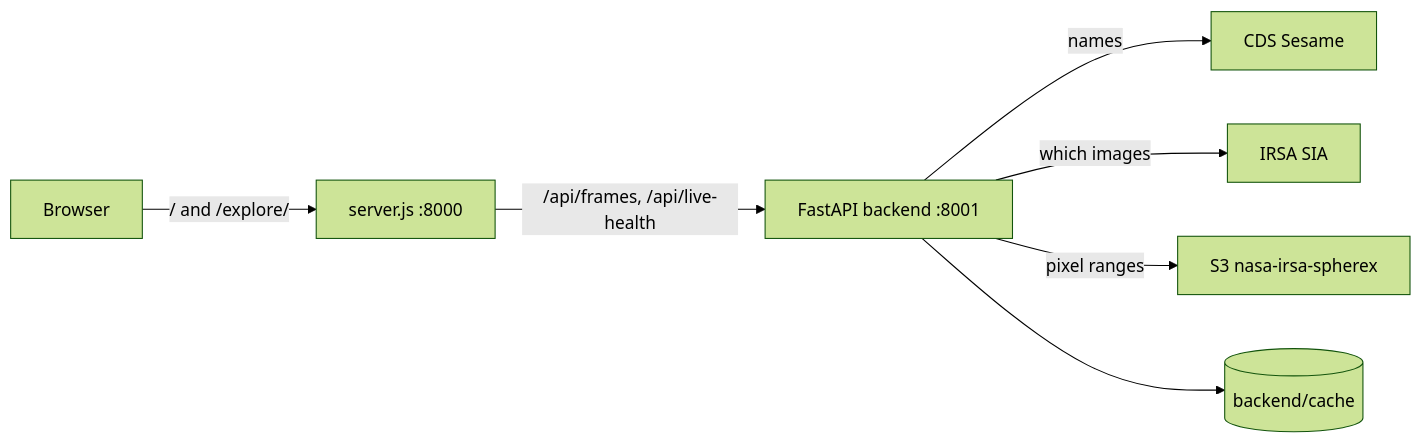
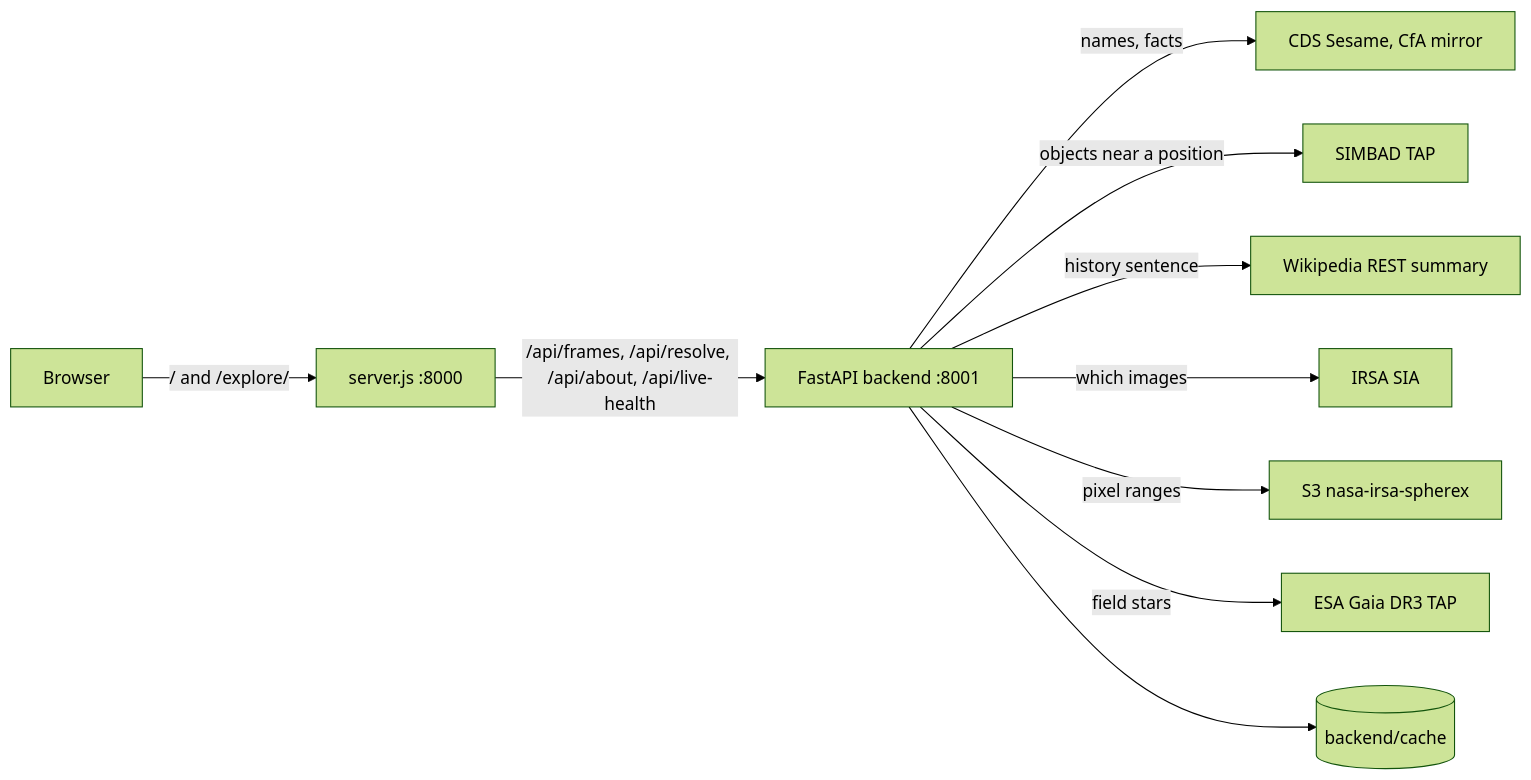
Before and after one commit to kneha07/WANDERERS: the diagram in docs/blink/README.md, drawn with Mermaid (forest theme). The commit also changed other lines of this file and 3 other files, not shown here.

First line of the commit message:
Docs: live mode setup, API contract, demo script (project_manager M5, M8)

````diff
--- a/docs/blink/README.md
+++ b/docs/blink/README.md
@@ -88,9 +103,12 @@
 ```mermaid
 flowchart LR
   B[Browser] -->|/ and /explore/| S[server.js :8000]
-  S -->|/api/frames, /api/live-health| A[FastAPI backend :8001]
-  A -->|names| C[CDS Sesame]
+  S -->|/api/frames, /api/resolve, /api/about, /api/live-health| A[FastAPI backend :8001]
+  A -->|names, facts| C[CDS Sesame, CfA mirror]
+  A -->|objects near a position| T[SIMBAD TAP]
+  A -->|history sentence| W[Wikipedia REST summary]
   A -->|which images| I[IRSA SIA]
   A -->|pixel ranges| P[S3 nasa-irsa-spherex]
+  A -->|field stars| G[ESA Gaia DR3 TAP]
   A --> D[(backend/cache)]
 ```
````
